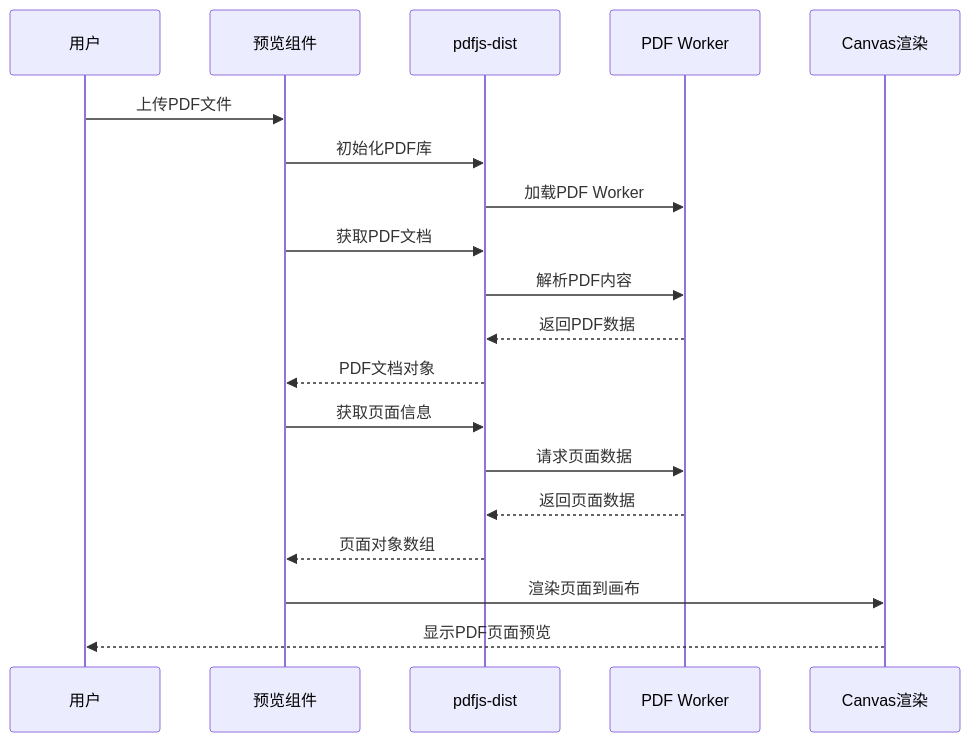
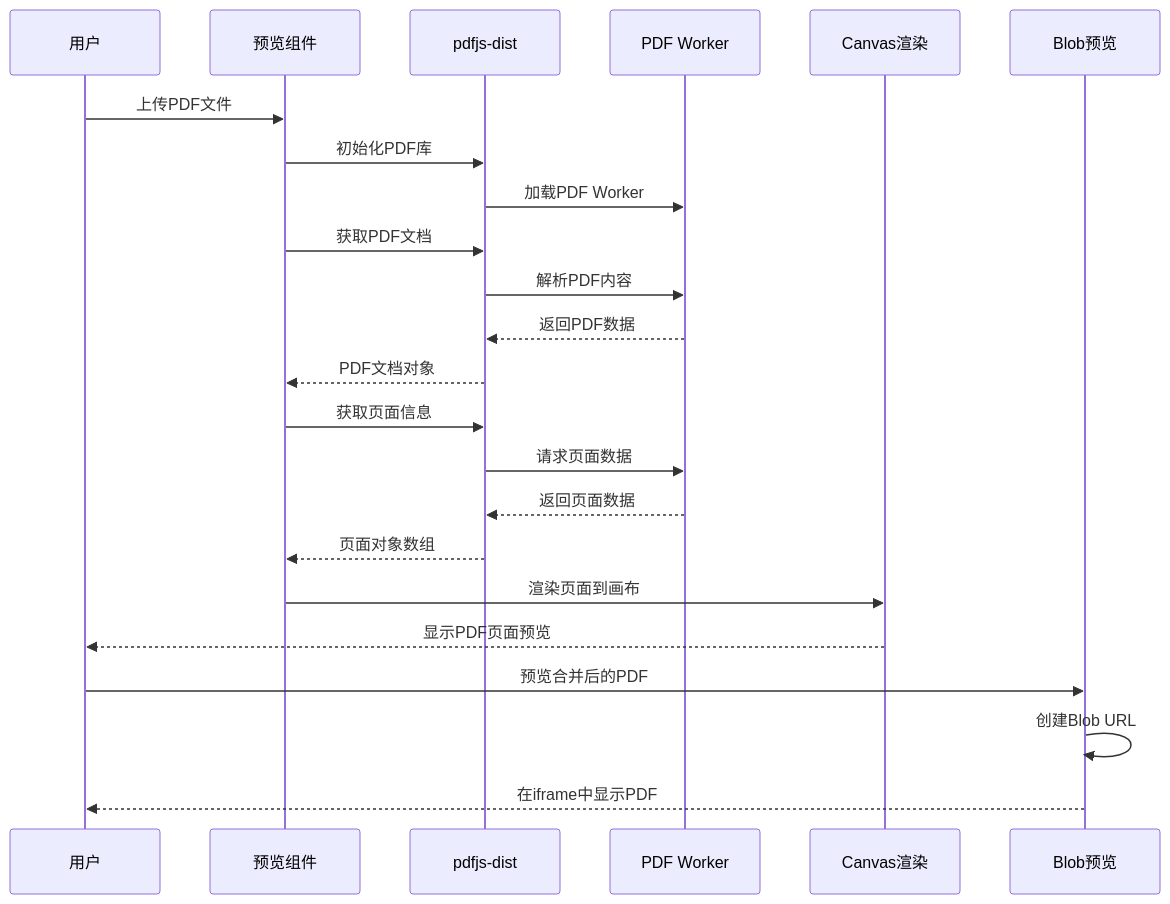
One commit to sgyy/privadeck changed the second of 6 diagrams in .qoder/repowiki/zh/content/UI组件系统/共享组件/PDF文件预览组件.md. Above: the diagram before and after it, drawn with Mermaid. The commit also changed other lines of this file and 3 other files, not shown here.

First line of the commit message:
feat(pdf): 升级为PDF与图像综合处理系统

````diff
--- a/.qoder/repowiki/zh/content/UI组件系统/共享组件/PDF文件预览组件.md
+++ b/.qoder/repowiki/zh/content/UI组件系统/共享组件/PDF文件预览组件.md
@@ -98,21 +119,25 @@
 ```mermaid
 sequenceDiagram
 participant User as 用户
 participant Preview as 预览组件
 participant Pdfjs as pdfjs-dist
 participant Worker as PDF Worker
 participant Canvas as Canvas渲染
+participant BlobPreview as Blob预览
 User->>Preview : 上传PDF文件
 Preview->>Pdfjs : 初始化PDF库
 Pdfjs->>Worker : 加载PDF Worker
 Preview->>Pdfjs : 获取PDF文档
 Pdfjs->>Worker : 解析PDF内容
 Worker-->>Pdfjs : 返回PDF数据
 Pdfjs-->>Preview : PDF文档对象
 Preview->>Pdfjs : 获取页面信息
 Pdfjs->>Worker : 请求页面数据
 Worker-->>Pdfjs : 返回页面数据
 Pdfjs-->>Preview : 页面对象数组
 Preview->>Canvas : 渲染页面到画布
 Canvas-->>User : 显示PDF页面预览
+User->>BlobPreview : 预览合并后的PDF
+BlobPreview->>BlobPreview : 创建Blob URL
+BlobPreview-->>User : 在iframe中显示PDF
 ```
````
